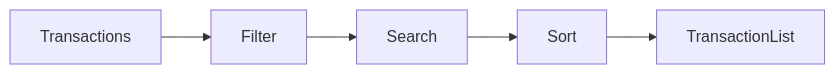
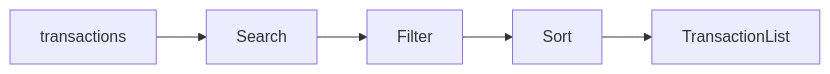
The ninth of 12 diagrams in README.md (NaVteJSingH18/Smart-spend), drawn with Mermaid before and after one commit. The commit also changed other lines of this file and 8 other files, not shown here.

````diff
--- a/README.md
+++ b/README.md
@@ -191,13 +261,15 @@
 ```mermaid
 flowchart LR
 
-Transactions
+A["transactions"]
 
-Transactions --> Filter
+B["Search"]
+C["Filter"]
+D["Sort"]
+E["TransactionList"]
 
-Filter --> Search
-
-Search --> Sort
-
-Sort --> TransactionList
+A --> B
+B --> C
+C --> D
+D --> E
 ```
````
